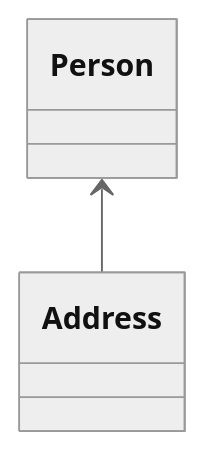
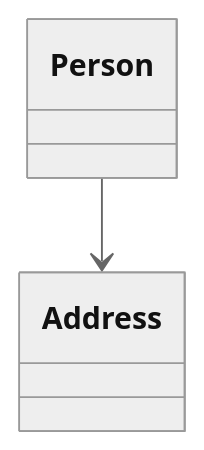
One commit to 8bitdev256/howto changed the first of 4 diagrams in OOP - UML.md. Above: the diagram before and after it, drawn with Mermaid (neutral theme).

Commit message:
FIX: Update OOP - UML.md

````diff
--- a/OOP - UML.md
+++ b/OOP - UML.md
@@ -11,12 +11,12 @@
 ```mermaid
 classDiagram
     class Person {
 
     }
 
     class Address {
 
     }
 
-    Person <-- Address
+    Person --> Address
 ```
````
